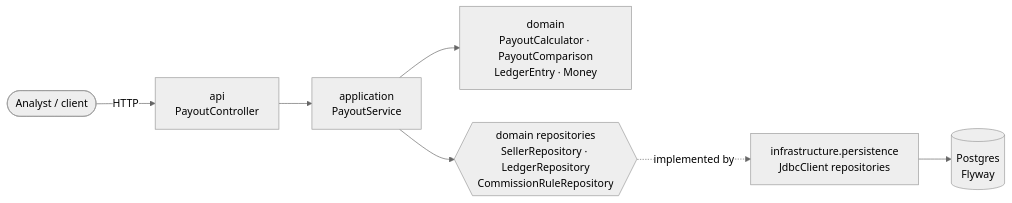
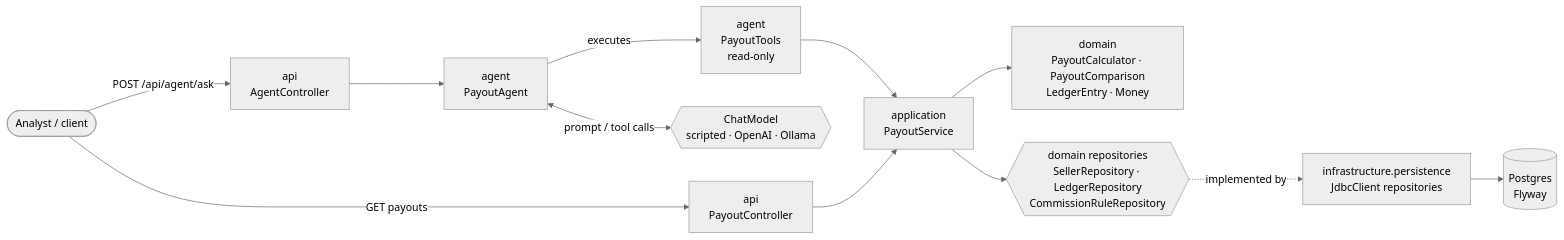
The first of 2 diagrams in README.md (brunostsilva/payout-ops-agent), drawn with Mermaid (neutral theme) before and after one commit. The commit also changed other lines of this file, not shown here.

Commit message:
docs: document the agent, model profiles and design decisions

````diff
--- a/README.md
+++ b/README.md
@@ -52,9 +61,14 @@
 ```mermaid
 flowchart LR
-    Client([Analyst / client]) -->|HTTP| API[api<br/>PayoutController]
+    Client([Analyst / client]) -->|GET payouts| API[api<br/>PayoutController]
+    Client -->|POST /api/agent/ask| AgentAPI[api<br/>AgentController]
+    AgentAPI --> Agent[agent<br/>PayoutAgent]
+    Agent <-->|prompt / tool calls| LLM{{ChatModel<br/>scripted · OpenAI · Ollama}}
+    Agent -->|executes| Tools[agent<br/>PayoutTools<br/>read-only]
+    Tools --> App
     API --> App[application<br/>PayoutService]
     App --> Domain[domain<br/>PayoutCalculator · PayoutComparison<br/>LedgerEntry · Money]
     App --> Ports{{domain repositories<br/>SellerRepository · LedgerRepository<br/>CommissionRuleRepository}}
     Ports -.implemented by.-> Infra[infrastructure.persistence<br/>JdbcClient repositories]
     Infra --> DB[(Postgres<br/>Flyway)]
 ```
````
